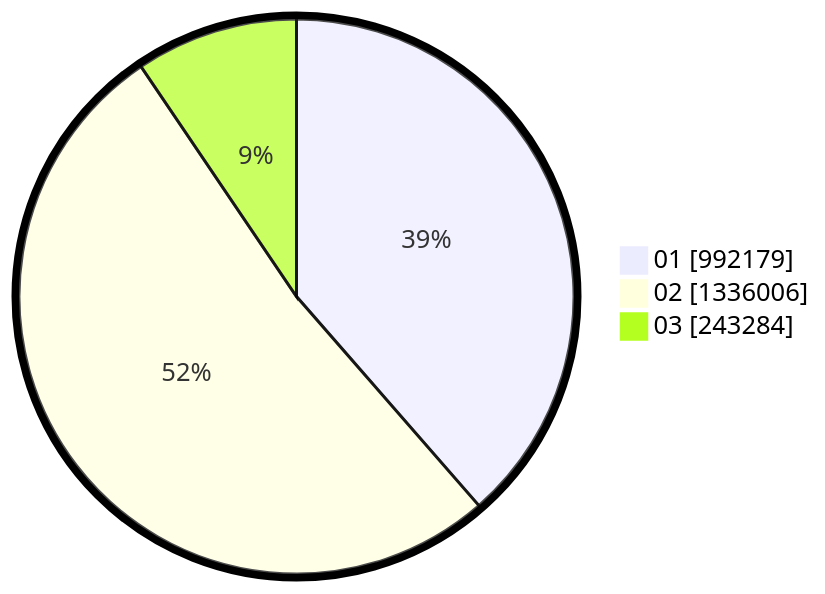
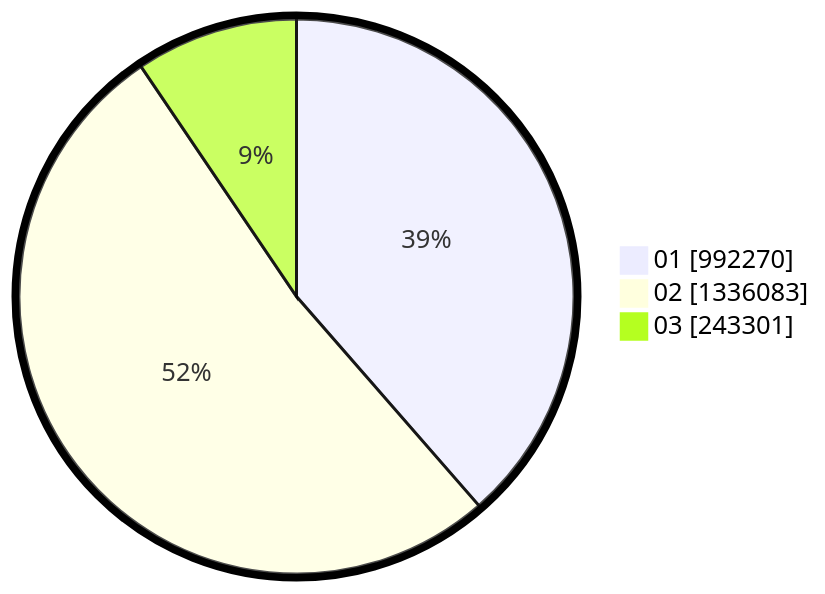
One commit to gigit-pemilu/pemilu-2024 changed the second of 2 diagrams in pilpres/hitung-suara/sub/table-wilayah-14.md. Above: the diagram before and after it, drawn with Mermaid. The commit also changed other lines of this file and 6 other files, not shown here.

````diff
--- a/pilpres/hitung-suara/sub/table-wilayah-14.md
+++ b/pilpres/hitung-suara/sub/table-wilayah-14.md
@@ -15,7 +15,7 @@
 ```mermaid
 %%{init: {"pie": {"textPosition": 0.5}, "themeVariables": {"pieOuterStrokeWidth": "5px"}} }%%
 pie showData
-    "01" : 992179
-    "02" : 1336006
-    "03" : 243284
+    "01" : 992270
+    "02" : 1336083
+    "03" : 243301
 ```
````
